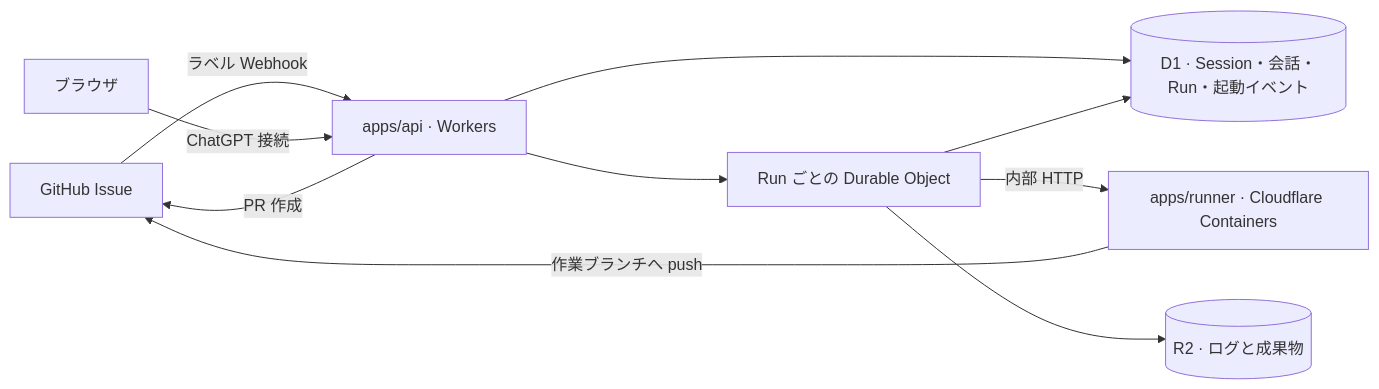
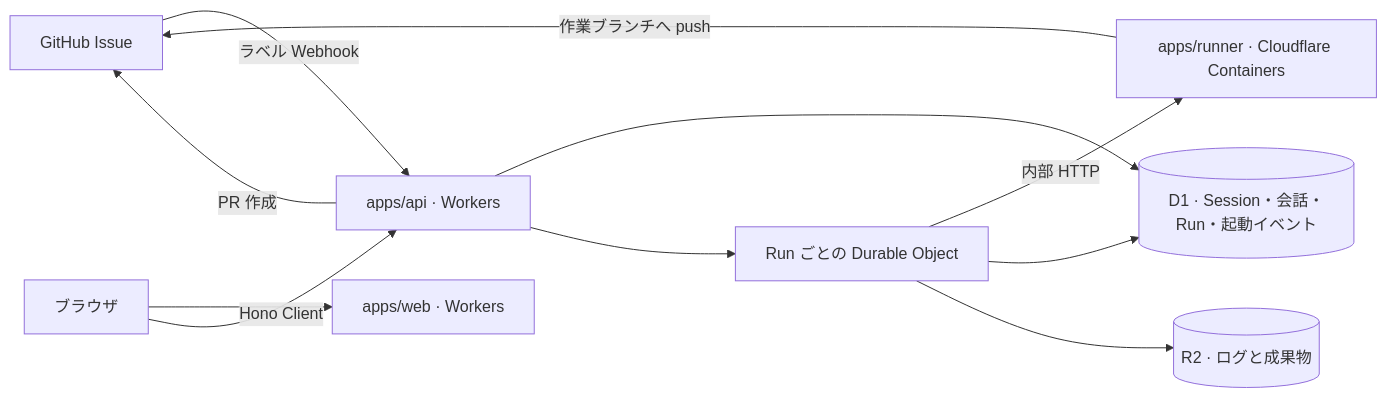
The first of 2 diagrams in docs/design.md (suzuki3jp/tailos), drawn with Mermaid before and after one commit. The commit also changed other lines of this file and 37 other files, not shown here.

````diff
--- a/docs/design.md
+++ b/docs/design.md
@@ -21,12 +22,13 @@
 ```mermaid
 flowchart LR
     GitHub[GitHub Issue] -->|ラベル Webhook| API[apps/api · Workers]
-    Browser[ブラウザ] -->|ChatGPT 接続| API
+    Browser[ブラウザ] --> Web[apps/web · Workers]
+    Browser -->|Hono Client| API
     API --> D1[(D1 · Session・会話・Run・起動イベント)]
     API --> DO[Run ごとの Durable Object]
     DO -->|内部 HTTP| Runner[apps/runner · Cloudflare Containers]
     DO --> D1
     DO --> R2[(R2 · ログと成果物)]
     Runner -->|作業ブランチへ push| GitHub
     API -->|PR 作成| GitHub
 ```
````
